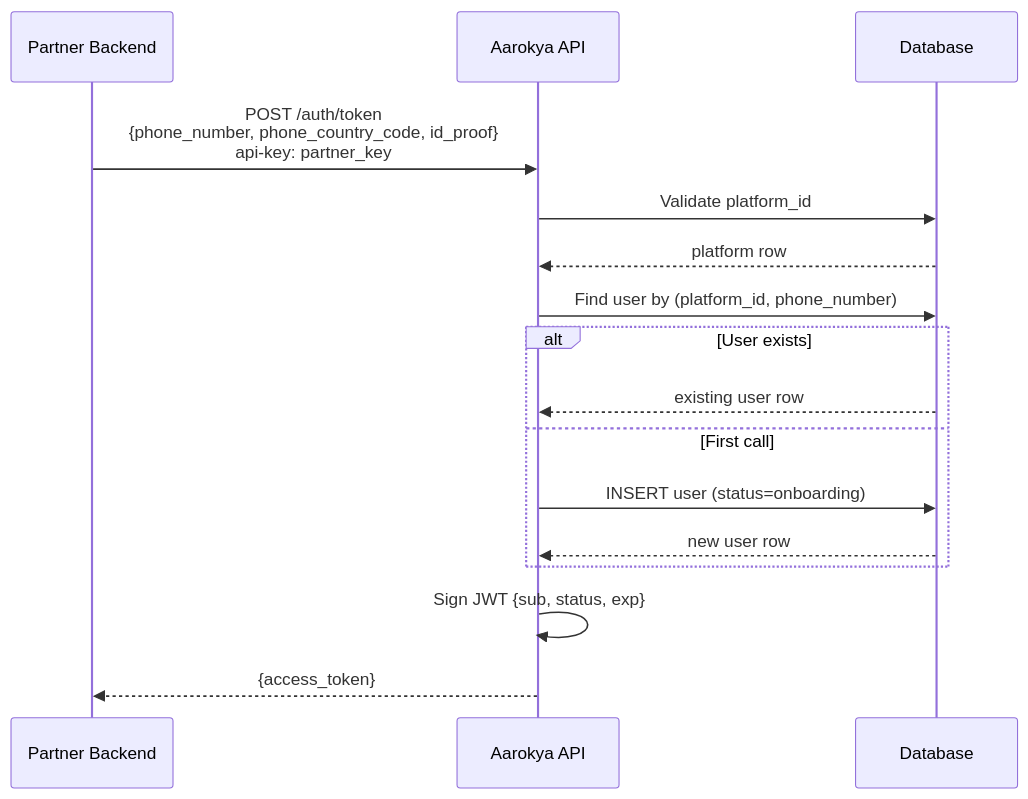
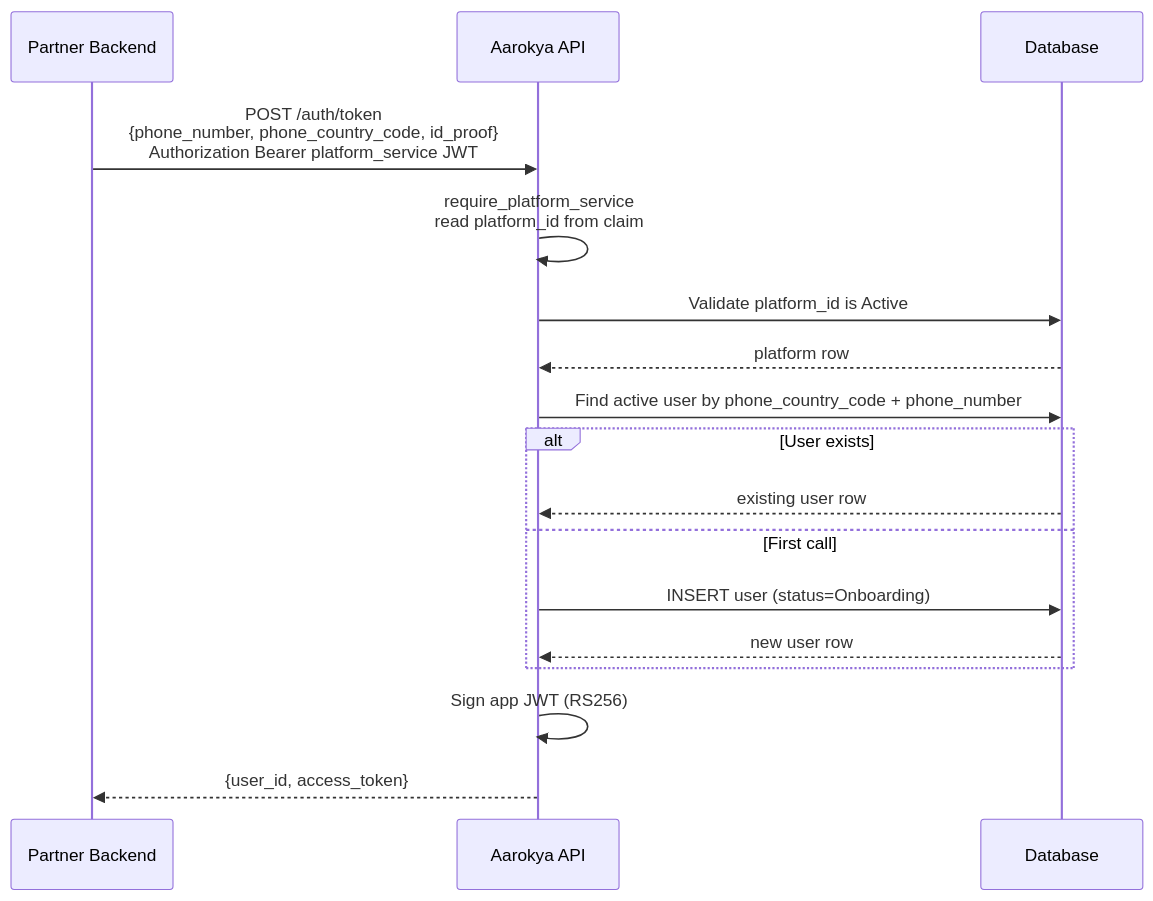
One commit to anu19981/aarokya-backend changed the diagram in api-reference/modules/auth.mdx. Above: the diagram before and after it, drawn with Mermaid. The commit also changed other lines of this file and 82 other files, not shown here.

Commit message:
sync: update api-reference from aarokya-agentic-app

````diff
--- a/api-reference/modules/auth.mdx
+++ b/api-reference/modules/auth.mdx
@@ -18,19 +20,20 @@
 ```mermaid
 sequenceDiagram
     participant PartnerBE as Partner Backend
     participant API as Aarokya API
     participant DB as Database
 
-    PartnerBE->>API: POST /auth/token<br/>{phone_number, phone_country_code, id_proof}<br/>api-key: partner_key
-    API->>DB: Validate platform_id
+    PartnerBE->>API: POST /auth/token<br/>{phone_number, phone_country_code, id_proof}<br/>Authorization Bearer platform_service JWT
+    API->>API: require_platform_service<br/>read platform_id from claim
+    API->>DB: Validate platform_id is Active
     DB-->>API: platform row
-    API->>DB: Find user by (platform_id, phone_number)
+    API->>DB: Find active user by phone_country_code + phone_number
     alt User exists
         DB-->>API: existing user row
     else First call
-        API->>DB: INSERT user (status=onboarding)
+        API->>DB: INSERT user (status=Onboarding)
         DB-->>API: new user row
     end
-    API->>API: Sign JWT {sub, status, exp}
-    API-->>PartnerBE: {access_token}
+    API->>API: Sign app JWT (RS256)
+    API-->>PartnerBE: {user_id, access_token}
 ```
````
